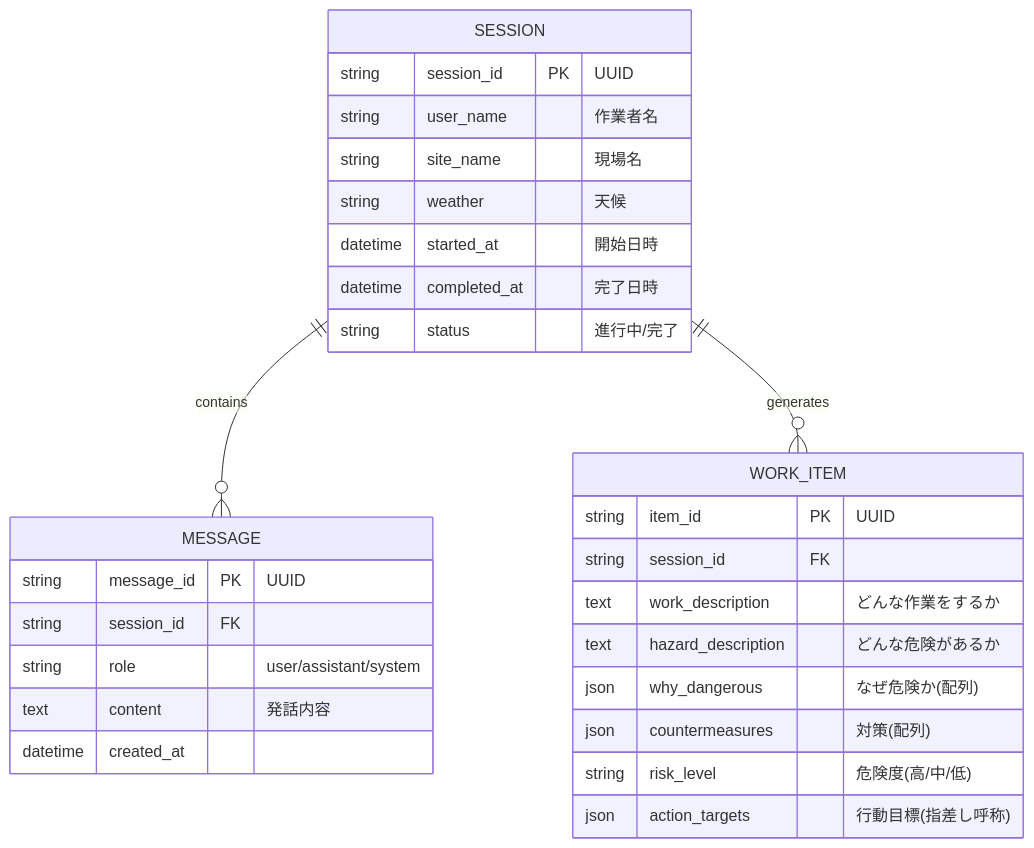
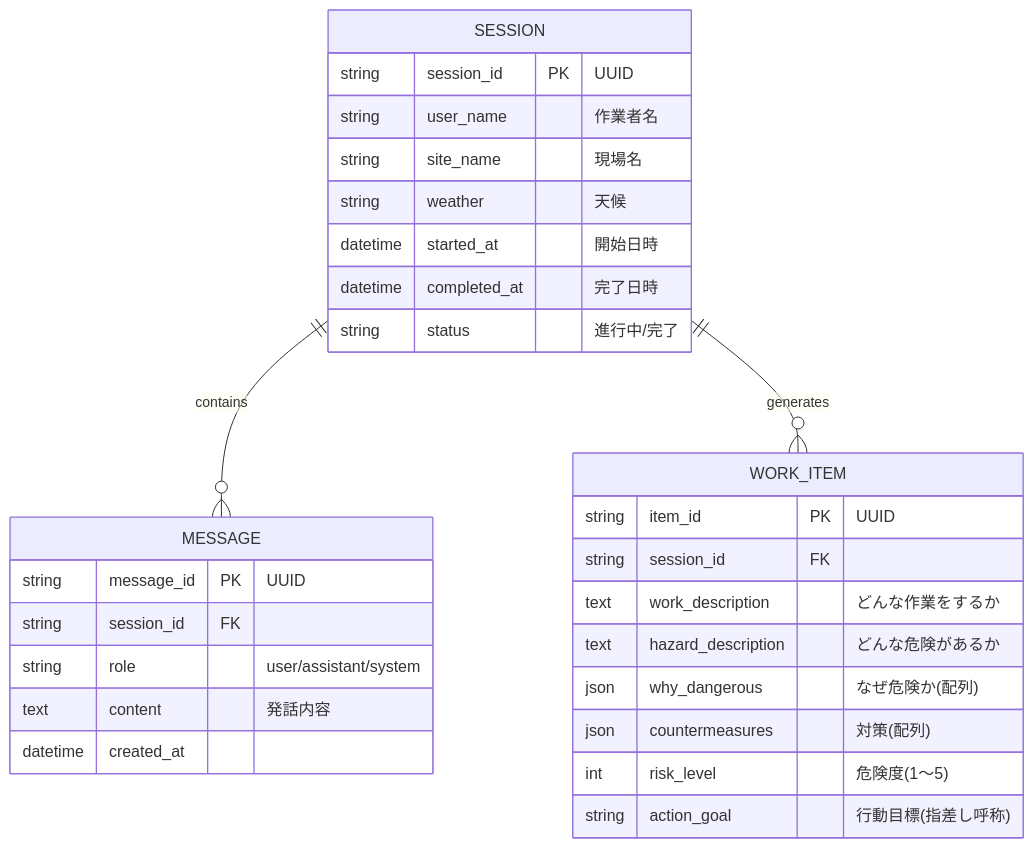
Before and after one commit to Ibar-Aki/solar-aldrin: the second of 2 diagrams in apps/v2-modern/docs/10_planning/06_System_Design.md, drawn with Mermaid. The commit also changed other lines of this file and 20 other files, not shown here.

````diff
--- a/apps/v2-modern/docs/10_planning/06_System_Design.md
+++ b/apps/v2-modern/docs/10_planning/06_System_Design.md
@@ -40,37 +41,37 @@
 ```mermaid
 erDiagram
     SESSION ||--o{ MESSAGE : contains
     SESSION ||--o{ WORK_ITEM : generates
     
     %% セッション情報（１回のKY活動につき１つ）
     SESSION {
         string session_id PK "UUID"
         string user_name "作業者名"
         string site_name "現場名"
         string weather "天候"
         datetime started_at "開始日時"
         datetime completed_at "完了日時"
         string status "進行中/完了"
     }
 
     %% チャットメッセージ履歴
     MESSAGE {
         string message_id PK "UUID"
         string session_id FK
         string role "user/assistant/system"
         text content "発話内容"
         datetime created_at
     }
 
-    %% 作業・KY項目（１回のセッションで複数あり得るが、現状は１つ）
+    %% 作業・KY項目（１回のセッションで最大2件）
     WORK_ITEM {
         string item_id PK "UUID"
         string session_id FK
         text work_description "どんな作業をするか"
         text hazard_description "どんな危険があるか"
         json why_dangerous "なぜ危険か(配列)"
         json countermeasures "対策(配列)"
-        string risk_level "危険度(高/中/低)"
-        json action_targets "行動目標(指差し呼称)"
+        int risk_level "危険度(1〜5)"
+        string action_goal "行動目標(指差し呼称)"
     }
 ```
````
